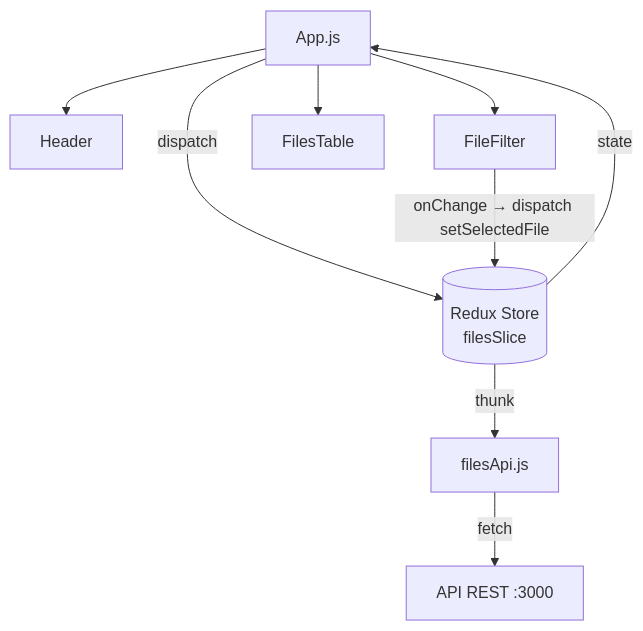
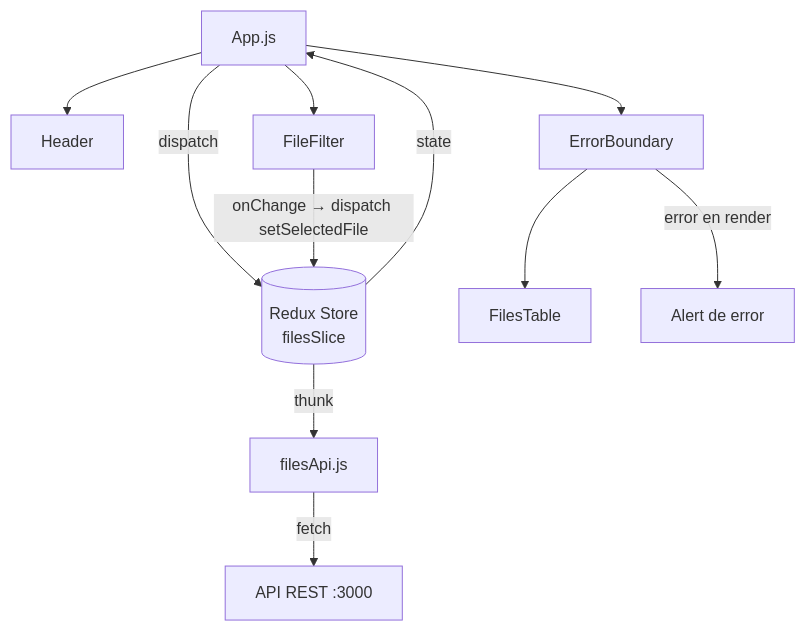
One commit to Srossiprieto/tbx-srp changed the third of 5 diagrams in docs/ARCHITECTURE.md. Above: the diagram before and after it, drawn with Mermaid. The commit also changed other lines of this file and 1 other file, not shown here.

Commit message:
docs: update architecture and guide for ErrorBoundary

````diff
--- a/docs/ARCHITECTURE.md
+++ b/docs/ARCHITECTURE.md
@@ -145,11 +147,13 @@
 ```mermaid
 graph TD
     APP[App.js] -->|dispatch| STORE[(Redux Store\nfilesSlice)]
     STORE -->|state| APP
     APP --> HEADER[Header]
     APP --> FILTER[FileFilter]
-    APP --> TABLE[FilesTable]
+    APP --> EB[ErrorBoundary]
+    EB --> TABLE[FilesTable]
     STORE -->|thunk| API[filesApi.js]
     API -->|fetch| BACKEND[API REST :3000]
     FILTER -->|onChange → dispatch setSelectedFile| STORE
+    EB -->|error en render| FALLBACK[Alert de error]
 ```
````
